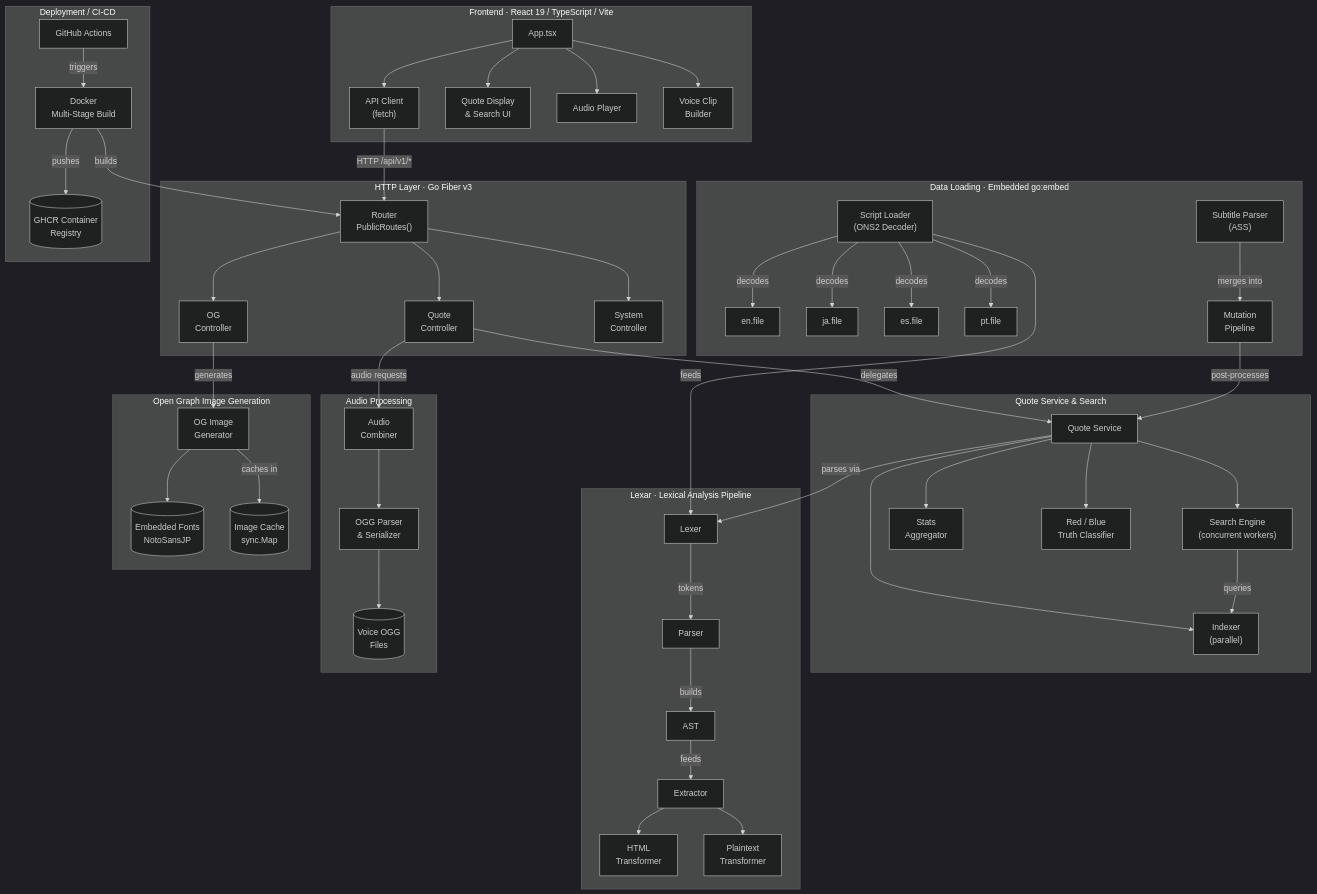
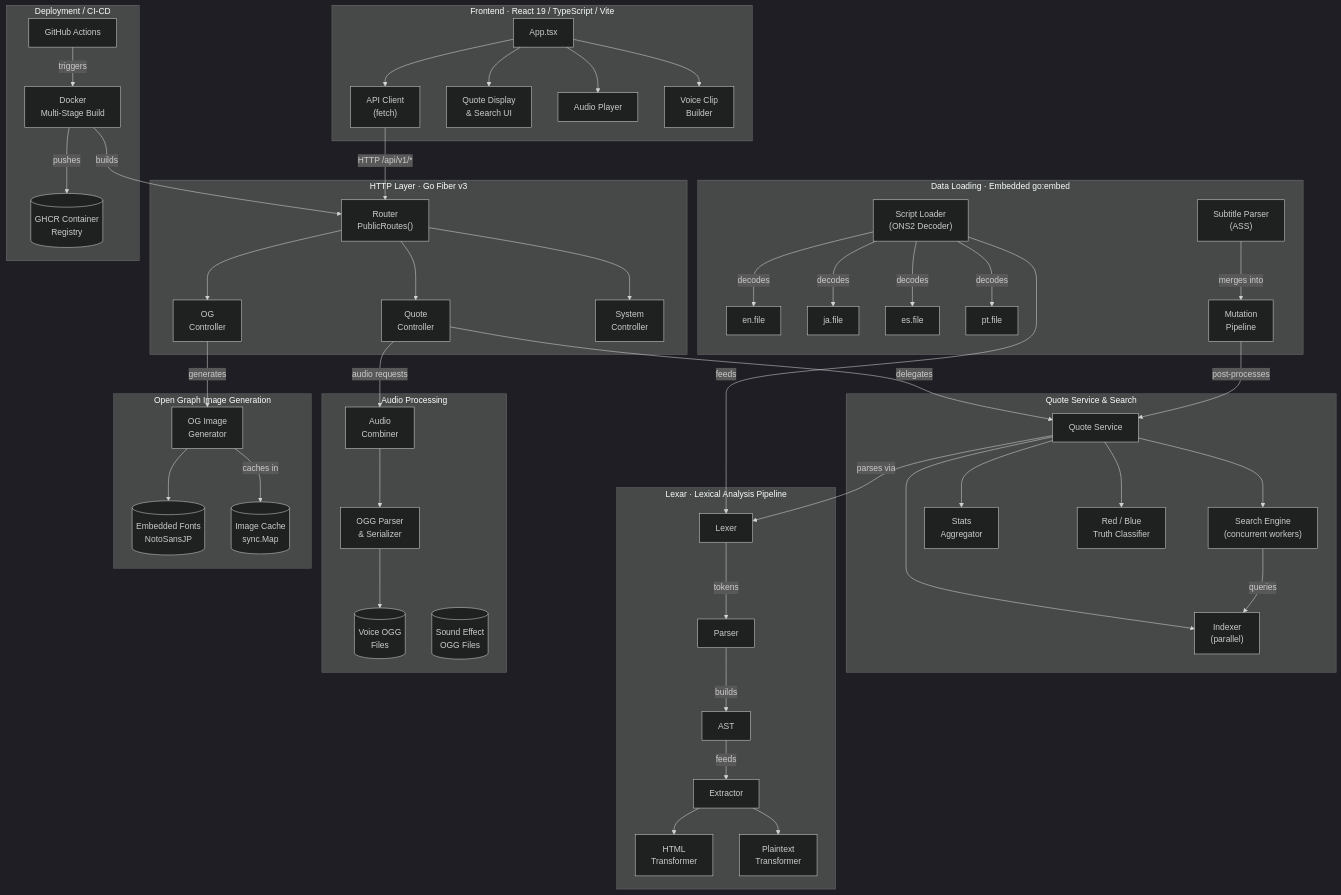
One commit to VictoriqueMoe/umineko_quote_finder changed the diagram in README.md. Above: the diagram before and after it, drawn with Mermaid (dark theme). The commit also changed other lines of this file and 23 other files, not shown here.

```diff
--- a/README.md
+++ b/README.md
@@ -52,6 +52,7 @@
         Combiner["Audio<br/>Combiner"]
         OGGParser["OGG Parser<br/>& Serializer"]
         VoiceFiles[("Voice OGG<br/>Files")]
+        SEFiles[("Sound Effect<br/>OGG Files")]
     end
 
     subgraph OG["Open Graph Image Generation"]
```
